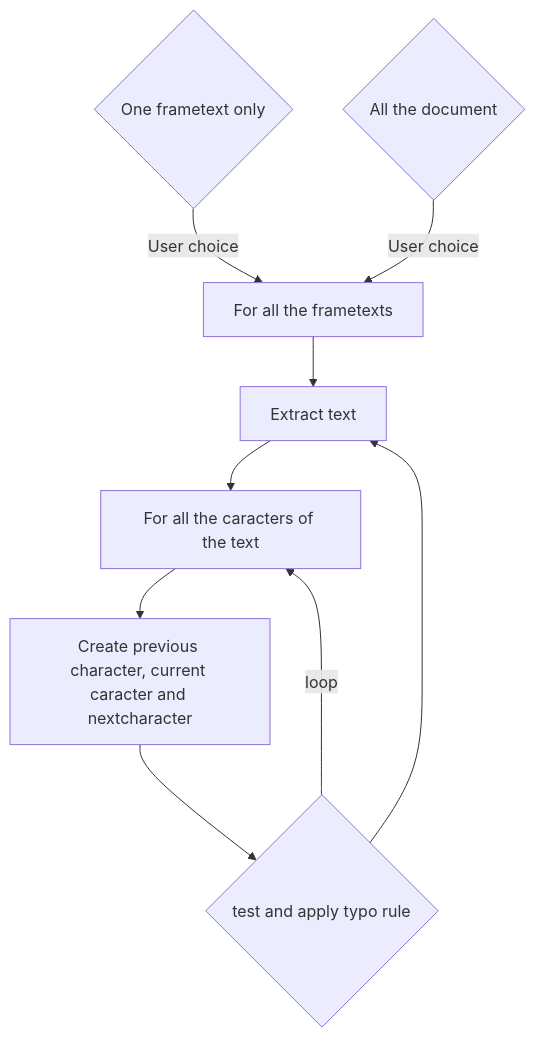
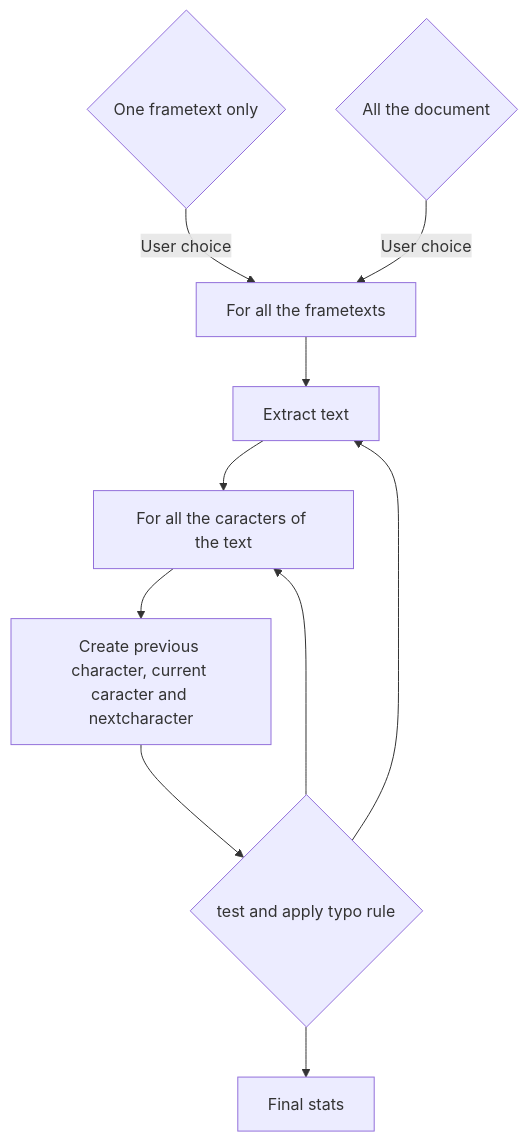
Before and after one commit to patricekaratchentzeff/Scribus: the diagram in typo/README_dev.md, drawn with Mermaid.

````diff
--- a/typo/README_dev.md
+++ b/typo/README_dev.md
@@ -15,11 +15,12 @@
 ```mermaid
 flowchart TD;
 	A{One frametext only}-->|User choice|C[For all the frametexts];
 	B{All the document}-->|User choice|C[For all the frametexts];
 	C-->D[Extract text];
 	D-->E[For all the caracters of the text];
 	E-->F[Create previous character, current caracter and nextcharacter];
 	F-->G{test and apply typo rule};
-	G-->|loop|E;
+	G-->E;
 	G-->D;
+	G-->H[Final stats]
 ```
````
